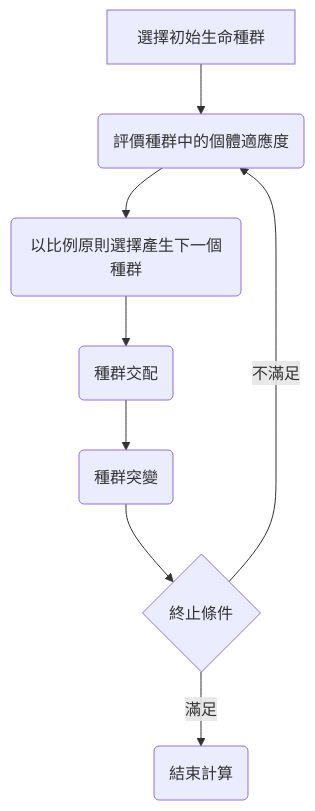
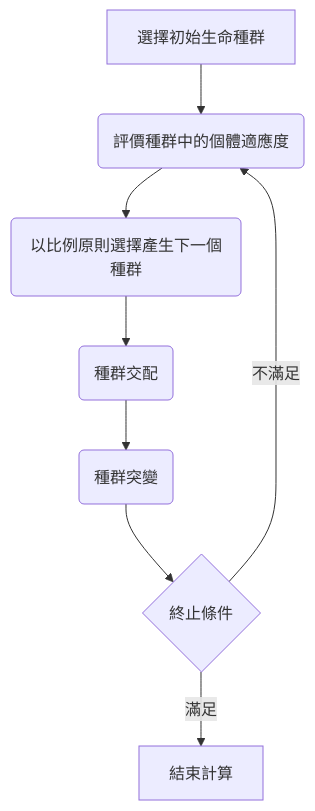
The diagram in README.md (Imding1211/avarua), drawn with Mermaid before and after one commit.

````diff
--- a/README.md
+++ b/README.md
@@ -26,10 +26,10 @@
 ```mermaid
 graph TD
 A[選擇初始生命種群] -->B(評價種群中的個體適應度)
 B --> C(以比例原則選擇產生下一個種群)
 C --> D(種群交配)
 D --> E(種群突變)
 E --> F{終止條件}
-F -- 滿足 --> G(結束計算)
+F -- 滿足 --> G[結束計算]
 F -- 不滿足 --> B
 ```
````
